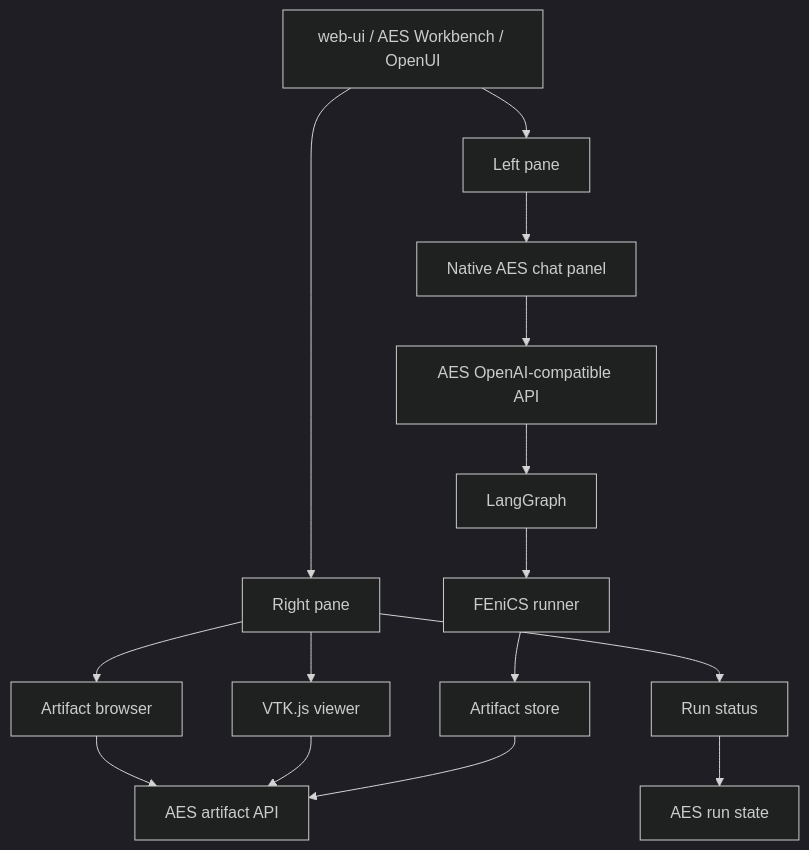
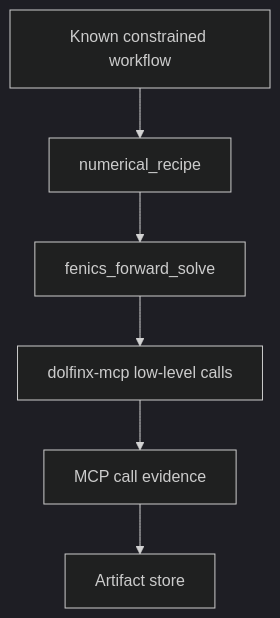
Before and after one commit to RadmirG/AES: the eighth of 9 diagrams in docs/architecture.md, drawn with Mermaid (dark theme). The commit also changed other lines of this file and 12 other files, not shown here.

Commit message:
New architecture.md for each project and python code checker

````diff
--- a/docs/architecture.md
+++ b/docs/architecture.md
@@ -288,20 +201,8 @@
 ```mermaid
 flowchart TD
-    A["web-ui / AES Workbench / OpenUI"] --> LP["Left pane"]
-    A --> RP["Right pane"]
-
-    LP --> B["Native AES chat panel"]
-    RP --> C["Run status"]
-    RP --> D["Artifact browser"]
-    RP --> E["VTK.js viewer"]
-
-    B --> F["AES OpenAI-compatible API"]
-    C --> G["AES run state"]
-    D --> H["AES artifact API"]
-    E --> H
-
-    F --> I["LangGraph"]
-    I --> J["FEniCS runner"]
-    J --> K["Artifact store"]
-    K --> H
+    A["Known constrained workflow"] --> B["numerical_recipe"]
+    B --> C["fenics_forward_solve"]
+    C --> D["dolfinx-mcp low-level calls"]
+    D --> E["MCP call evidence"]
+    E --> F["Artifact store"]
 ```
````
